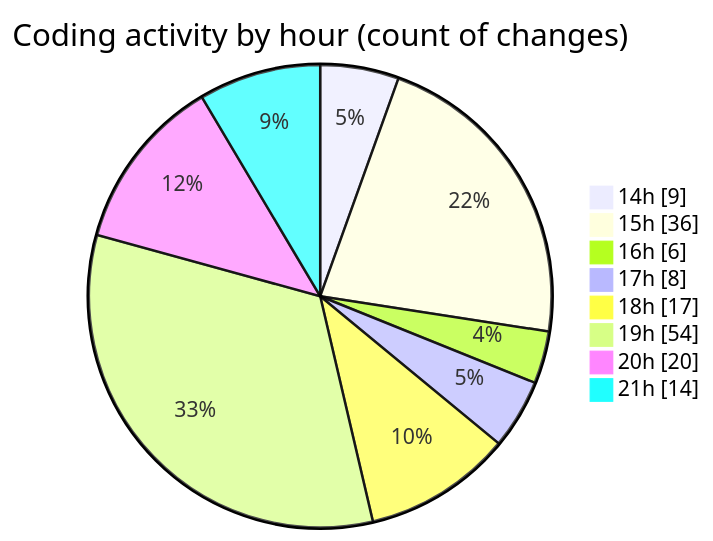
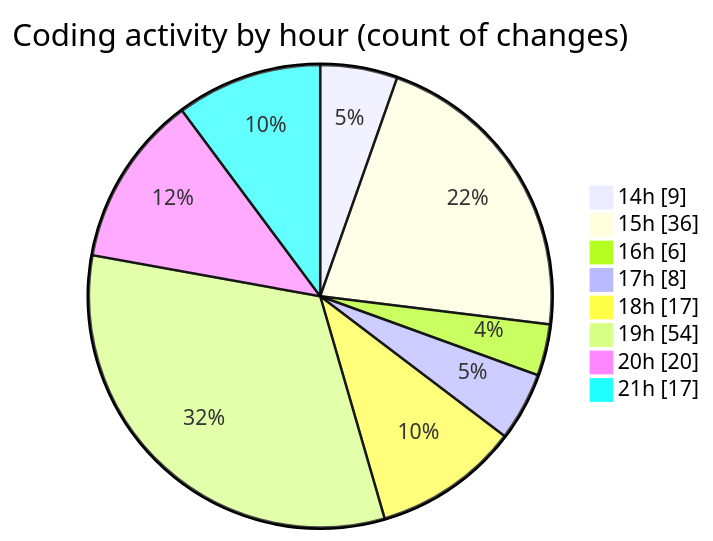
The second of 2 diagrams in 2025-06-17/projects/README.md (Ritupan-Deka/code-tracking), drawn with Mermaid before and after one commit. The commit also changed other lines of this file and 1 other file, not shown here.

````diff
--- a/2025-06-17/projects/README.md
+++ b/2025-06-17/projects/README.md
@@ -33,12 +35,12 @@
 ```mermaid
 pie showData
 title Coding activity by hour (count of changes)
 "14h" : 9
 "15h" : 36
 "16h" : 6
 "17h" : 8
 "18h" : 17
 "19h" : 54
 "20h" : 20
-"21h" : 14
+"21h" : 17
 ```
````
